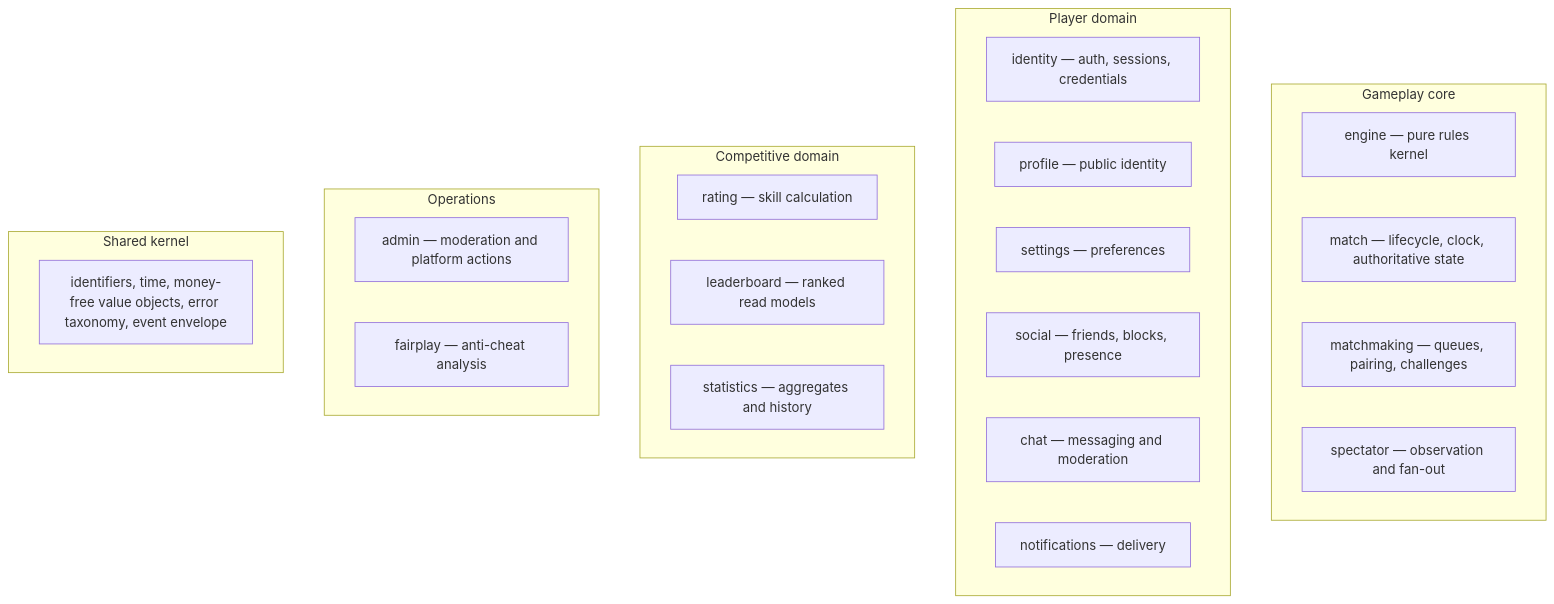
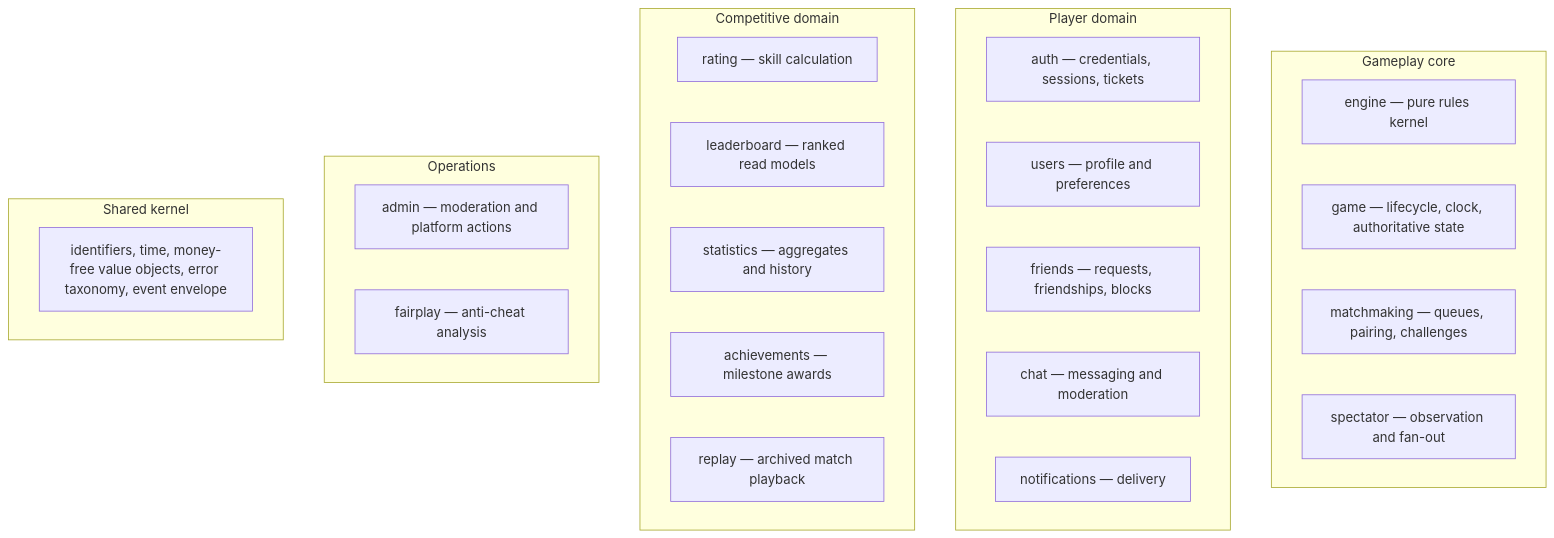
The third of 8 diagrams in docs/01-architecture/architecture.md (shohruh-yuldashov/arena64), drawn with Mermaid before and after one commit. The commit also changed other lines of this file and 3 other files, not shown here.

````diff
--- a/docs/01-architecture/architecture.md
+++ b/docs/01-architecture/architecture.md
@@ -256,33 +256,34 @@
 ```mermaid
 flowchart TB
     subgraph gameplay["Gameplay core"]
         ENGINE["engine — pure rules kernel"]
-        MATCH["match — lifecycle, clock, authoritative state"]
+        GAME["game — lifecycle, clock, authoritative state"]
         MM["matchmaking — queues, pairing, challenges"]
         SPEC["spectator — observation and fan-out"]
     end
 
     subgraph player["Player domain"]
-        IDENT["identity — auth, sessions, credentials"]
-        PROF["profile — public identity"]
-        SET["settings — preferences"]
-        SOCIAL["social — friends, blocks, presence"]
+        AUTH["auth — credentials, sessions, tickets"]
+        USERS["users — profile and preferences"]
+        FRIENDS["friends — requests, friendships, blocks"]
         CHAT["chat — messaging and moderation"]
         NOTIF["notifications — delivery"]
     end
 
     subgraph competitive["Competitive domain"]
         RATE["rating — skill calculation"]
         LEAD["leaderboard — ranked read models"]
         STAT["statistics — aggregates and history"]
+        ACH["achievements — milestone awards"]
+        REP["replay — archived match playback"]
     end
 
     subgraph ops["Operations"]
         ADMIN["admin — moderation and platform actions"]
         FAIR["fairplay — anti-cheat analysis"]
     end
 
     subgraph kernel["Shared kernel"]
         SK["identifiers, time, money-free value objects, error taxonomy, event envelope"]
     end
 ```
````
